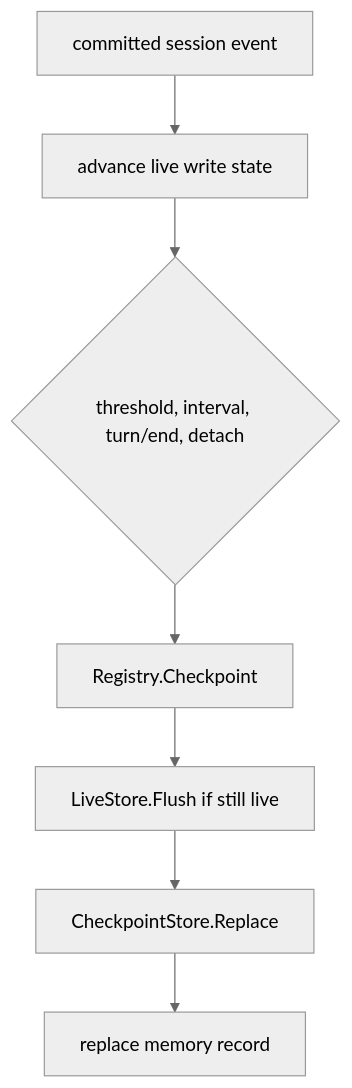
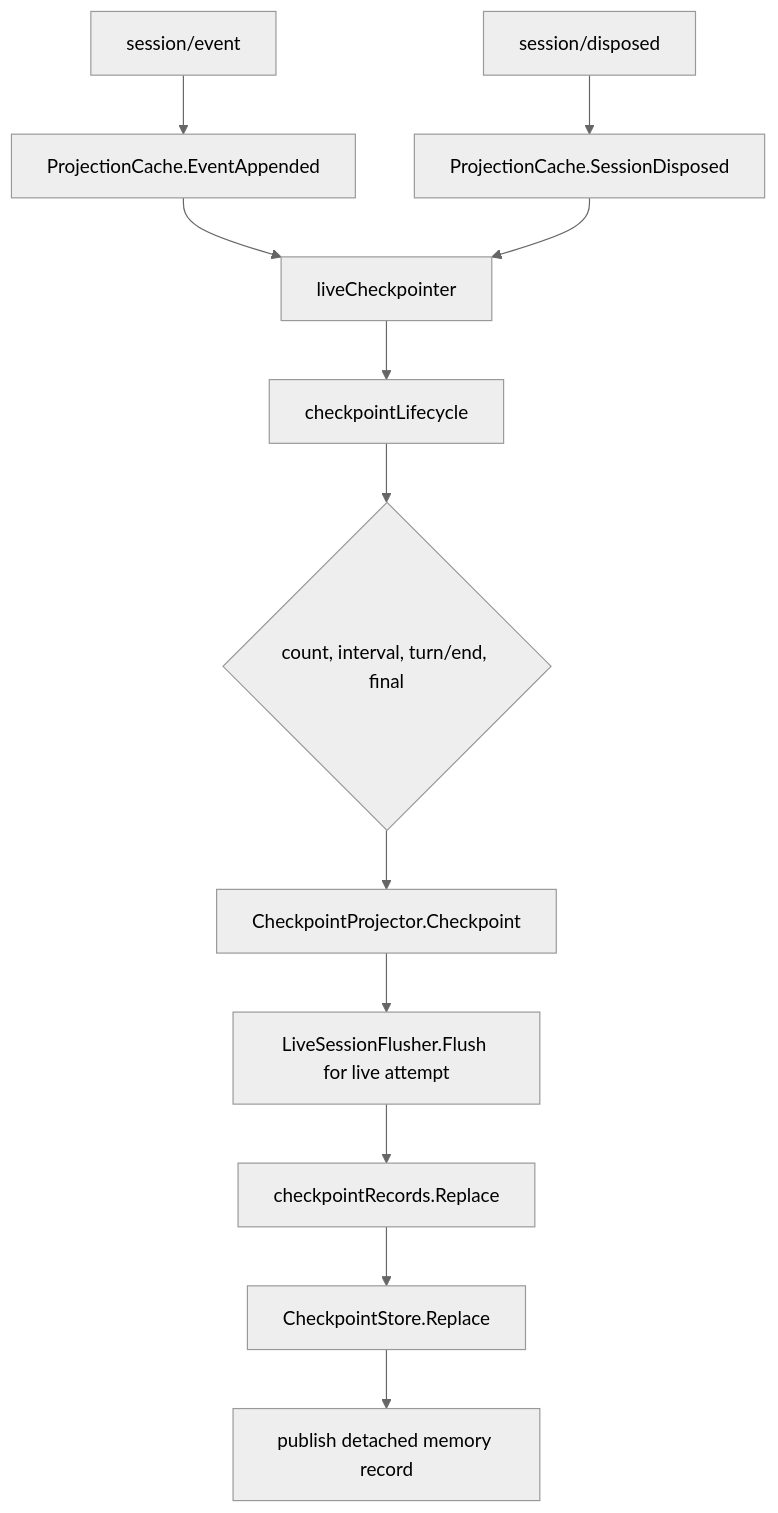
Before and after one commit to gorenx/goren: the second of 2 diagrams in session/projectioncache/README.zh-CN.md, drawn with Mermaid (neutral theme). The commit also changed other lines of this file and 11 other files, not shown here.

Commit message:
docs(session): align lifecycle and projection cache design

````diff
--- a/session/projectioncache/README.zh-CN.md
+++ b/session/projectioncache/README.zh-CN.md
@@ -56,9 +58,14 @@
 ```mermaid
 flowchart TD
-    Event[committed session event] --> Dirty[advance live write state]
-    Dirty --> Trigger{threshold, interval, turn/end, detach}
-    Trigger --> Checkpoint[Registry.Checkpoint]
-    Checkpoint --> Flush[LiveStore.Flush if still live]
-    Flush --> Replace[CheckpointStore.Replace]
-    Replace --> Index[replace memory record]
+    Event[session/event] --> Input[ProjectionCache.EventAppended]
+    Dispose[session/disposed] --> Final[ProjectionCache.SessionDisposed]
+    Input --> Live[liveCheckpointer]
+    Final --> Live
+    Live --> State[checkpointLifecycle]
+    State --> Trigger{count, interval, turn/end, final}
+    Trigger --> Checkpoint[CheckpointProjector.Checkpoint]
+    Checkpoint --> Flush[LiveSessionFlusher.Flush for live attempt]
+    Flush --> Replace[checkpointRecords.Replace]
+    Replace --> Durable[CheckpointStore.Replace]
+    Durable --> Memory[publish detached memory record]
 ```
````
